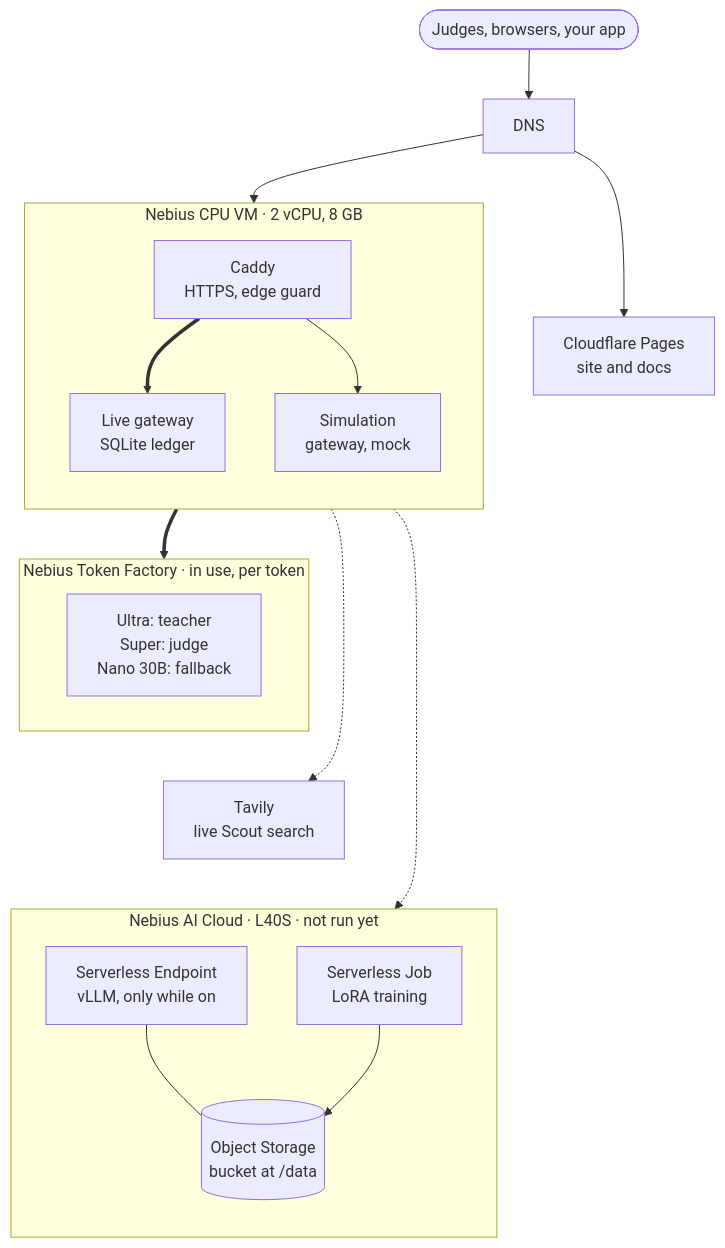
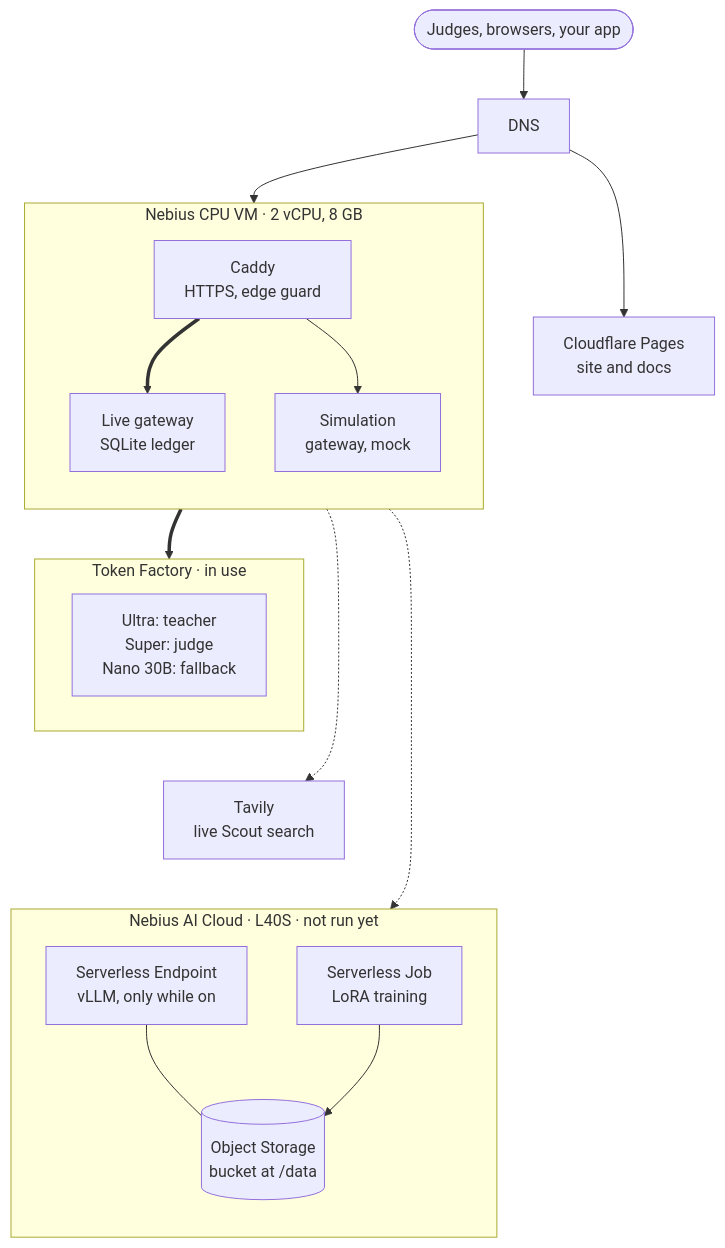
Before and after one commit to harshbhx/ratchet: the first of 2 diagrams in docs-site/src/content/docs/guides/host-on-nebius.mdx, drawn with Mermaid. The commit also changed 3 other files, not shown here.

Commit message:
docs-site: pin label metrics against the page's prose rules, and tighten the night sequence, the rollback timeline and the breaker labels

````diff
--- a/docs-site/src/content/docs/guides/host-on-nebius.mdx
+++ b/docs-site/src/content/docs/guides/host-on-nebius.mdx
@@ -47,32 +47,32 @@
 ```mermaid
 flowchart TB
   user(["Judges, browsers, your app"]) --> dns["DNS"]
   dns --> pages["Cloudflare Pages<br/>site and docs"]
   dns --> vm
   subgraph vm["Nebius CPU VM · 2 vCPU, 8 GB"]
     direction TB
     caddy["Caddy<br/>HTTPS, edge guard"] ==> live["Live gateway<br/>SQLite ledger"]
     caddy --> sim["Simulation<br/>gateway, mock"]
   end
-  subgraph tf["Nebius Token Factory · in use, per token"]
+  subgraph tf["Token Factory · in use"]
     teacher["Ultra: teacher<br/>Super: judge<br/>Nano 30B: fallback"]
   end
   tavily["Tavily<br/>live Scout search"]
   subgraph gpu["Nebius AI Cloud · L40S · not run yet"]
     direction TB
     ep["Serverless Endpoint<br/>vLLM, only while on"] --- bucket[("Object Storage<br/>bucket at /data")]
     job["Serverless Job<br/>LoRA training"] --> bucket
   end
   vm ==> tf
   tf ~~~ tavily
   tavily ~~~ gpu
   vm -.-> tavily
   vm -.-> gpu
 
   class user,dns,caddy,live,sim neutral
   class pages,teacher ok
   class tavily outline
   class ep,job,bucket pending
   class gpu pendingZone
   class tf okZone
 ```
````
